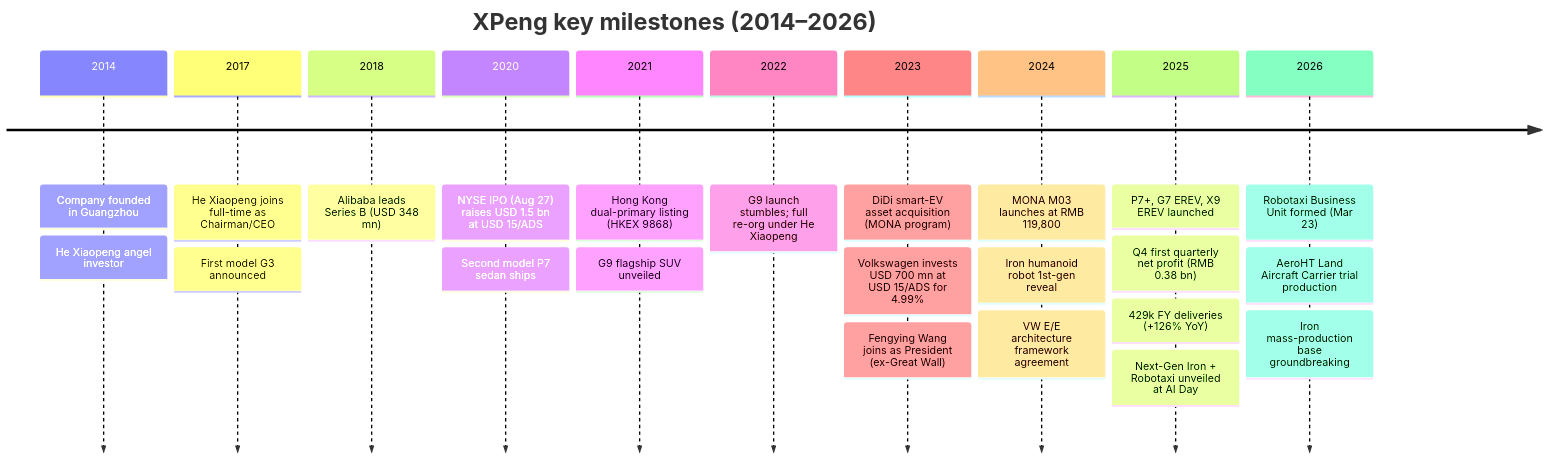
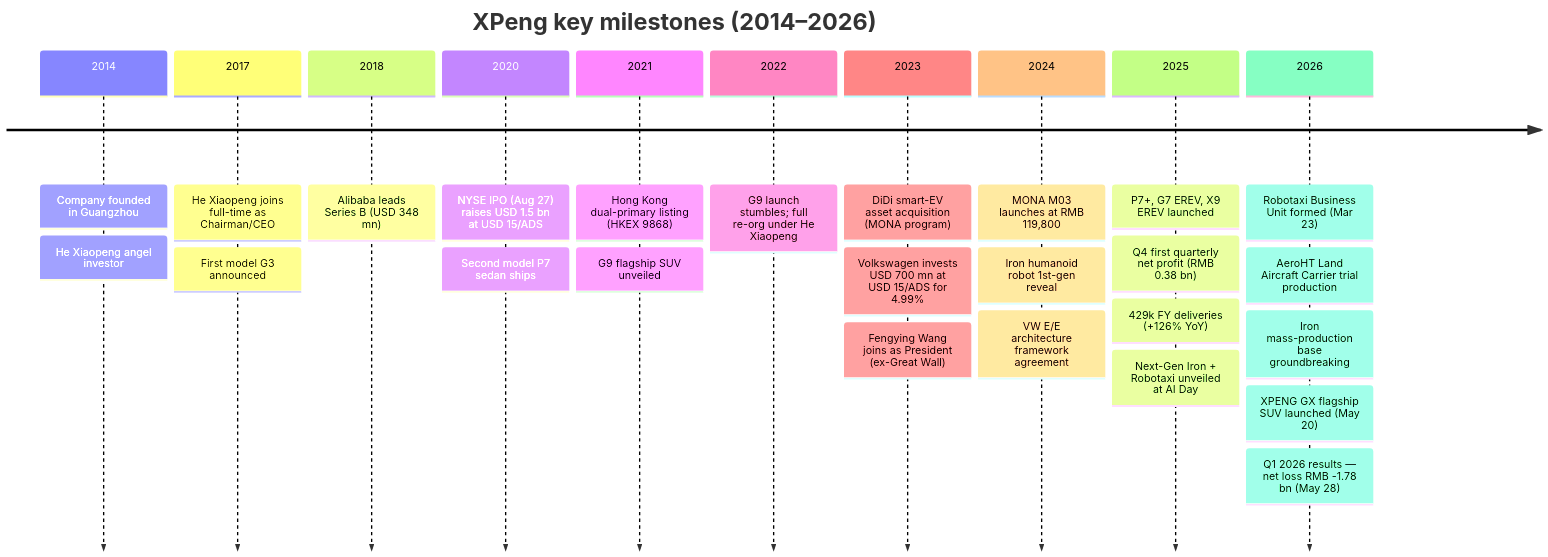
The first of 4 diagrams in reports/company/Xpeng_NYSE_XPEV/Xpeng_NYSE_XPEV_Research_Document.md (dadachundan/financial_agent), drawn with Mermaid before and after one commit. The commit also changed other lines of this file and 1 other file, not shown here.

````diff
--- a/reports/company/Xpeng_NYSE_XPEV/Xpeng_NYSE_XPEV_Research_Document.md
+++ b/reports/company/Xpeng_NYSE_XPEV/Xpeng_NYSE_XPEV_Research_Document.md
@@ -72,27 +72,29 @@
 ```mermaid
 timeline
     title XPeng key milestones (2014–2026)
     2014 : Company founded in Guangzhou
          : He Xiaopeng angel investor
     2017 : He Xiaopeng joins full-time as Chairman/CEO
          : First model G3 announced
     2018 : Alibaba leads Series B (USD 348 mn)
     2020 : NYSE IPO (Aug 27) raises USD 1.5 bn at USD 15/ADS
          : Second model P7 sedan ships
     2021 : Hong Kong dual-primary listing (HKEX 9868)
          : G9 flagship SUV unveiled
     2022 : G9 launch stumbles; full re-org under He Xiaopeng
     2023 : DiDi smart-EV asset acquisition (MONA program)
          : Volkswagen invests USD 700 mn at USD 15/ADS for 4.99%
          : Fengying Wang joins as President (ex-Great Wall)
     2024 : MONA M03 launches at RMB 119,800
          : Iron humanoid robot 1st-gen reveal
          : VW E/E architecture framework agreement
     2025 : P7+, G7 EREV, X9 EREV launched
          : Q4 first quarterly net profit (RMB 0.38 bn)
          : 429k FY deliveries (+126% YoY)
          : Next-Gen Iron + Robotaxi unveiled at AI Day
     2026 : Robotaxi Business Unit formed (Mar 23)
          : AeroHT Land Aircraft Carrier trial production
          : Iron mass-production base groundbreaking
+         : XPENG GX flagship SUV launched (May 20)
+         : Q1 2026 results — net loss RMB -1.78 bn (May 28)
 ```
````
